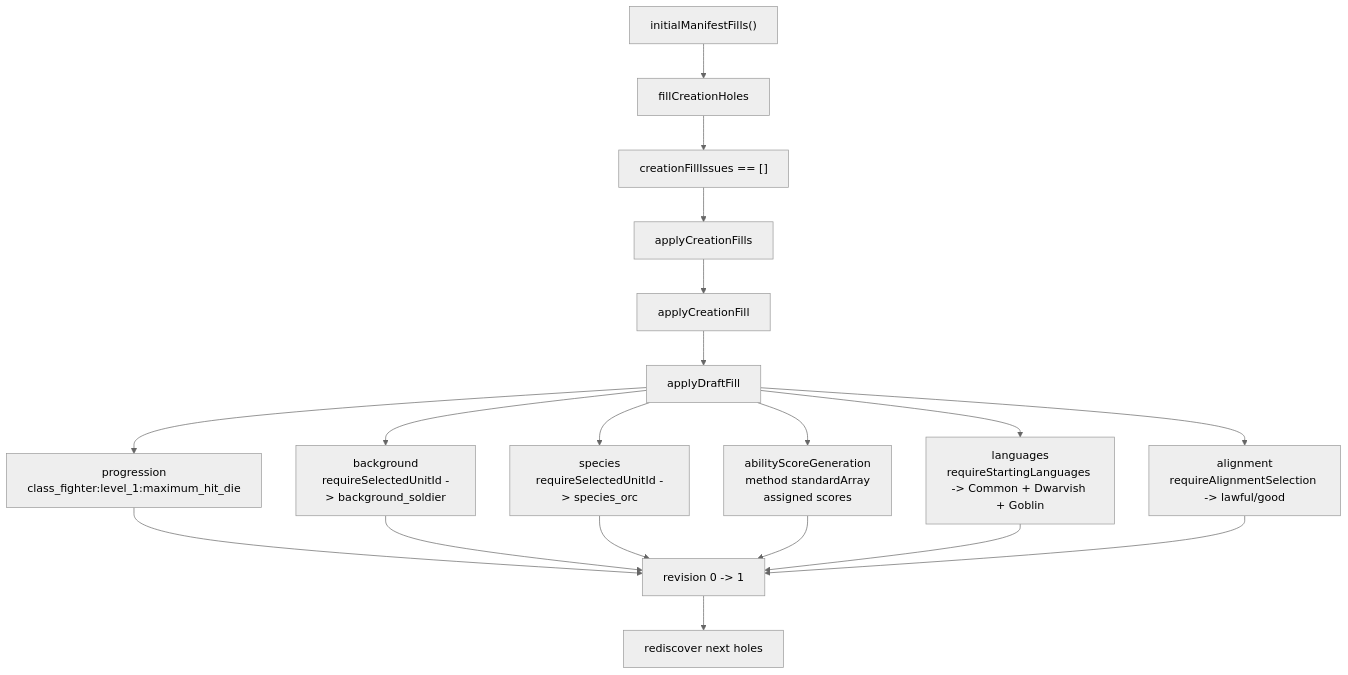
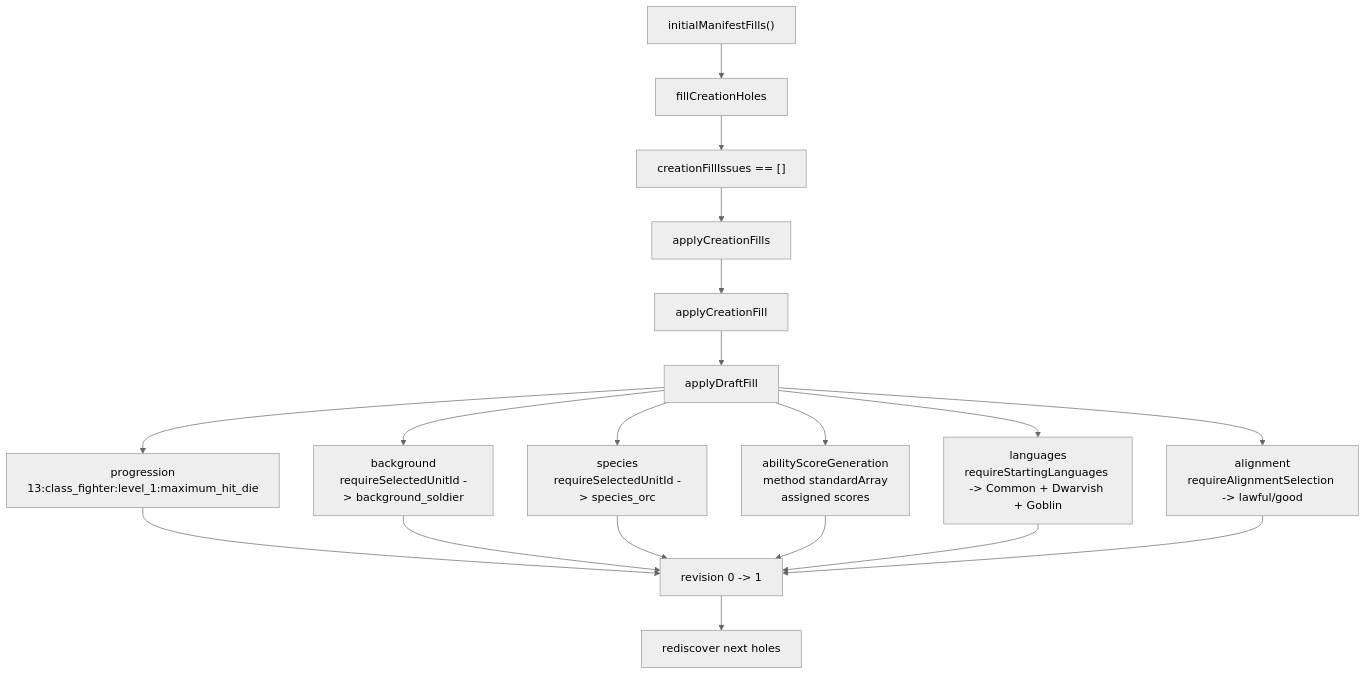
One commit to dearlordylord/5e-quint changed the fifth of 10 diagrams in packages/character-creation-runtime/EXPLANATORY_TIME_DIAGRAM.md. Above: the diagram before and after it, drawn with Mermaid (neutral theme). The commit also changed other lines of this file and 6 other files, not shown here.

````diff
--- a/packages/character-creation-runtime/EXPLANATORY_TIME_DIAGRAM.md
+++ b/packages/character-creation-runtime/EXPLANATORY_TIME_DIAGRAM.md
@@ -313,32 +313,32 @@
 ```mermaid
 flowchart TD
   Batch["initialManifestFills()"]
   Fill["fillCreationHoles"]
   Validate["creationFillIssues == []"]
   Apply["applyCreationFills"]
   Dispatch["applyCreationFill"]
   DraftFill["applyDraftFill"]
-  Progression["progression<br/>class_fighter:level_1:maximum_hit_die"]
+  Progression["progression<br/>13:class_fighter:level_1:maximum_hit_die"]
   Background["background<br/>requireSelectedUnitId -> background_soldier"]
   Species["species<br/>requireSelectedUnitId -> species_orc"]
   Scores["abilityScoreGeneration<br/>method standardArray<br/>assigned scores"]
   Languages["languages<br/>requireStartingLanguages -> Common + Dwarvish + Goblin"]
   Alignment["alignment<br/>requireAlignmentSelection -> lawful/good"]
   Rev["revision 0 -> 1"]
   Next["rediscover next holes"]
 
   Batch --> Fill --> Validate --> Apply --> Dispatch --> DraftFill
   DraftFill --> Progression
   DraftFill --> Background
   DraftFill --> Species
   DraftFill --> Scores
   DraftFill --> Languages
   DraftFill --> Alignment
   Progression --> Rev
   Background --> Rev
   Species --> Rev
   Scores --> Rev
   Languages --> Rev
   Alignment --> Rev
   Rev --> Next
 ```
````
